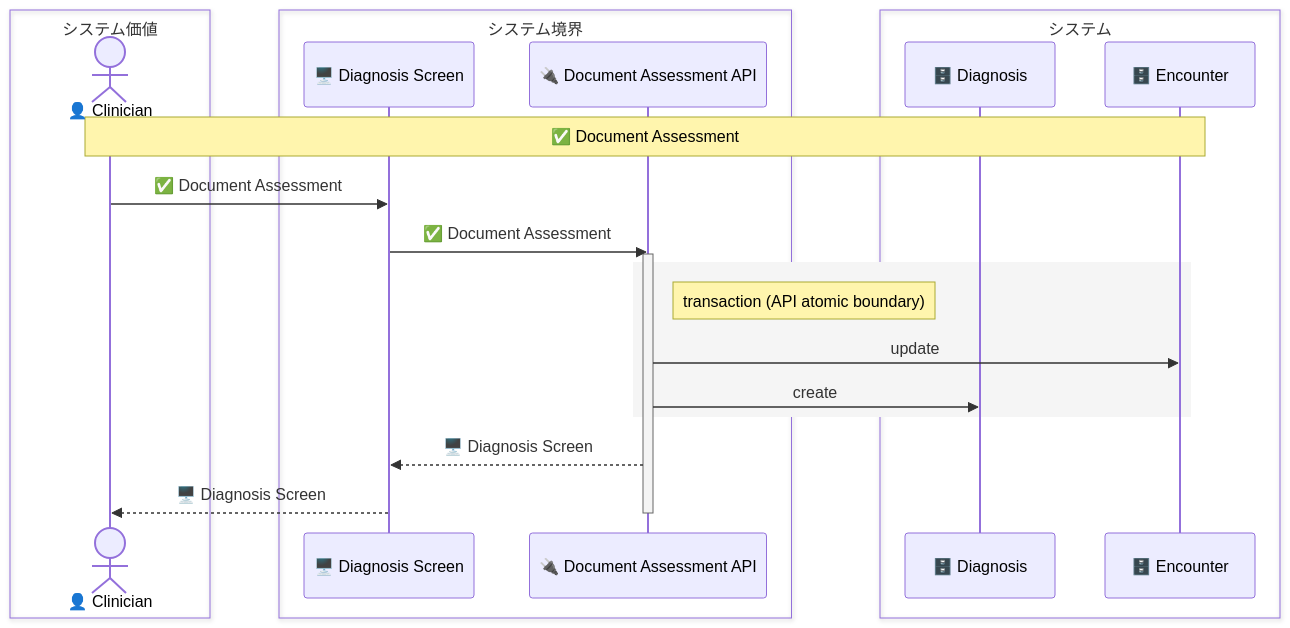
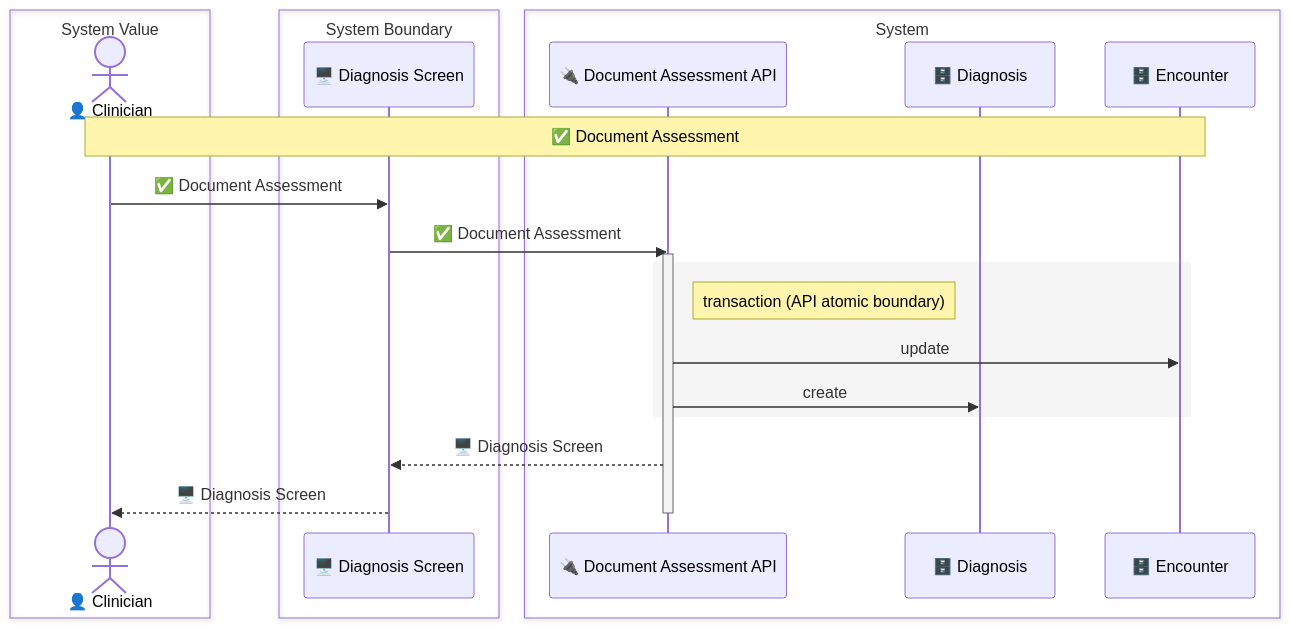
The diagram in samples/clinic-ops/out/uc/sequence_document_assessment.mmd (manji-0/rdra-ish-dsl), drawn with Mermaid before and after one commit. The commit also changed 122 other files, not shown here.

Commit message:
feat: align diagram layers

```diff
--- a/samples/clinic-ops/out/uc/sequence_document_assessment.mmd
+++ b/samples/clinic-ops/out/uc/sequence_document_assessment.mmd
@@ -1,25 +1,25 @@
 sequenceDiagram
-  box システム価値
+  box System Value
     actor Clinician as 👤 Clinician
   end
-  box システム境界
+  box System Boundary
     participant DiagnosisScreen as 🖥️ Diagnosis Screen
+  end
+  box System
     participant DocumentAssessmentApi as 🔌 Document Assessment API
-  end
-  box システム
     participant Diagnosis as 🗄️ Diagnosis
     participant Encounter as 🗄️ Encounter
   end
 
   Note over Clinician,Encounter: ✅ Document Assessment
   Clinician->>DiagnosisScreen: ✅ Document Assessment
   DiagnosisScreen->>DocumentAssessmentApi: ✅ Document Assessment
   activate DocumentAssessmentApi
   rect rgb(245,245,245)
     Note right of DocumentAssessmentApi: transaction (API atomic boundary)
     DocumentAssessmentApi->>Encounter: update
     DocumentAssessmentApi->>Diagnosis: create
   end
   DocumentAssessmentApi-->>DiagnosisScreen: 🖥️ Diagnosis Screen
   DiagnosisScreen-->>Clinician: 🖥️ Diagnosis Screen
   deactivate DocumentAssessmentApi
```
